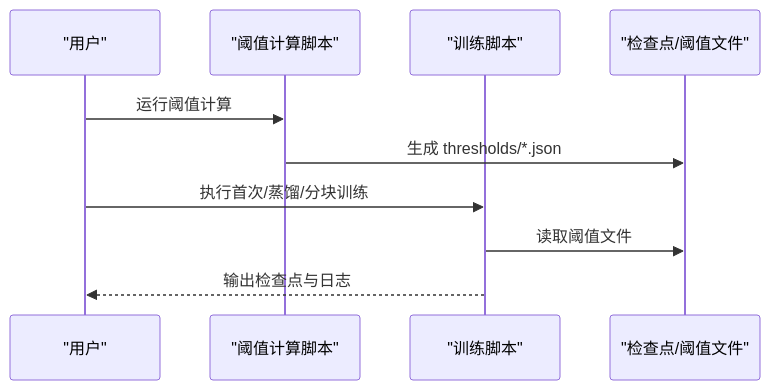
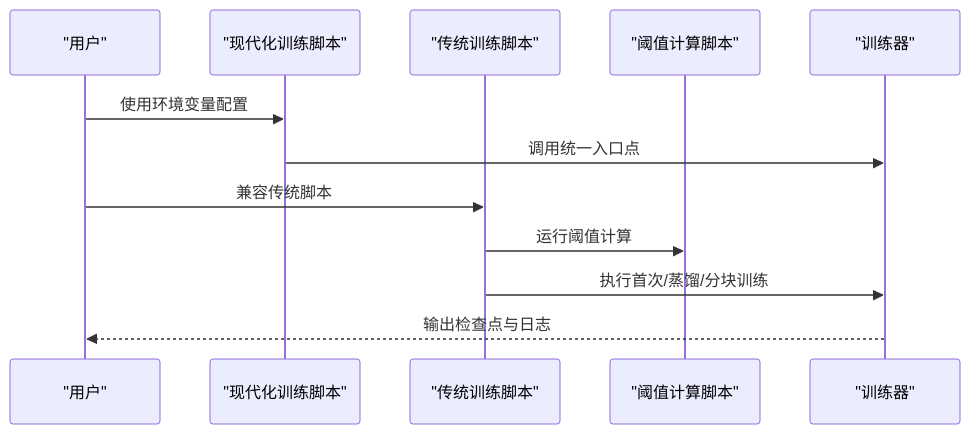
One commit to duanzhaol/sparsify changed the second of 3 diagrams in .qoder/repowiki/zh/content/命令行工具/训练脚本模板.md. Above: the diagram before and after it, drawn with Mermaid. The commit also changed other lines of this file and 3 other files, not shown here.

````diff
--- a/.qoder/repowiki/zh/content/命令行工具/训练脚本模板.md
+++ b/.qoder/repowiki/zh/content/命令行工具/训练脚本模板.md
@@ -112,12 +110,14 @@
 ```mermaid
 sequenceDiagram
 participant U as "用户"
+participant MS as "现代化训练脚本"
+participant TS as "传统训练脚本"
 participant T as "阈值计算脚本"
-participant TR as "训练脚本"
-participant CK as "检查点/阈值文件"
-U->>T : 运行阈值计算
-T->>CK : 生成 thresholds/*.json
-U->>TR : 执行首次/蒸馏/分块训练
-TR->>CK : 读取阈值文件
+participant TR as "训练器"
+U->>MS : 使用环境变量配置
+MS->>TR : 调用统一入口点
+U->>TS : 兼容传统脚本
+TS->>T : 运行阈值计算
+TS->>TR : 执行首次/蒸馏/分块训练
 TR-->>U : 输出检查点与日志
 ```
````
